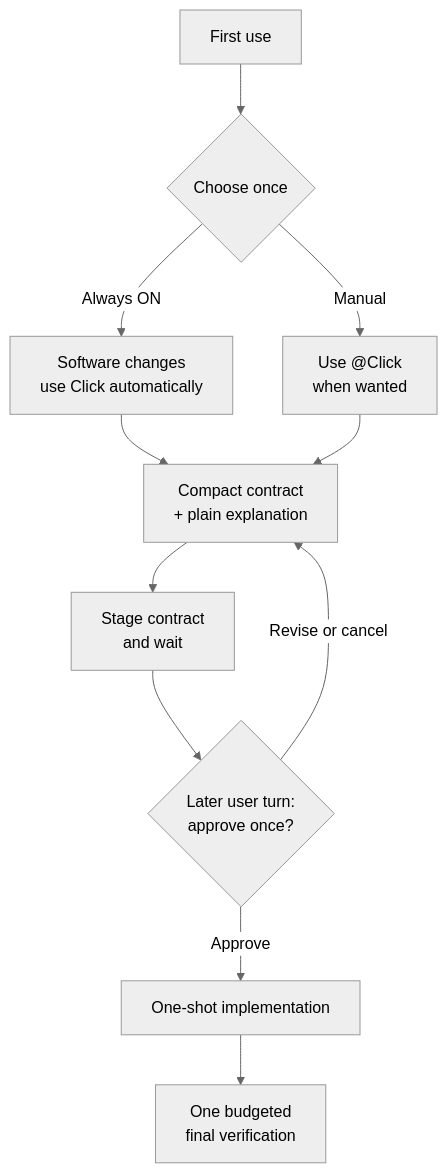
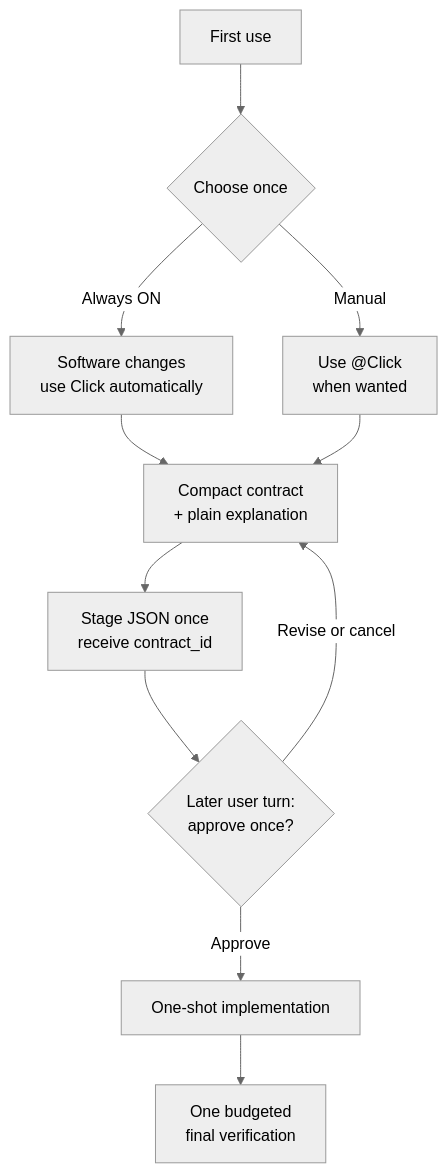
One commit to grapefruit0205/build-brief changed the diagram in README.md. Above: the diagram before and after it, drawn with Mermaid (neutral theme). The commit also changed other lines of this file and 16 other files, not shown here.

````diff
--- a/README.md
+++ b/README.md
@@ -59,13 +59,13 @@
 ```mermaid
 flowchart TB
     A["First use"] --> B{"Choose once"}
     B -->|Always ON| C["Software changes<br/>use Click automatically"]
     B -->|Manual| D["Use @Click<br/>when wanted"]
     C --> E["Compact contract<br/>+ plain explanation"]
     D --> E
-    E --> F["Stage contract<br/>and wait"]
+    E --> F["Stage JSON once<br/>receive contract_id"]
     F --> I{"Later user turn:<br/>approve once?"}
     I -->|Revise or cancel| E
     I -->|Approve| G["One-shot implementation"]
     G --> H["One budgeted<br/>final verification"]
 ```
````
